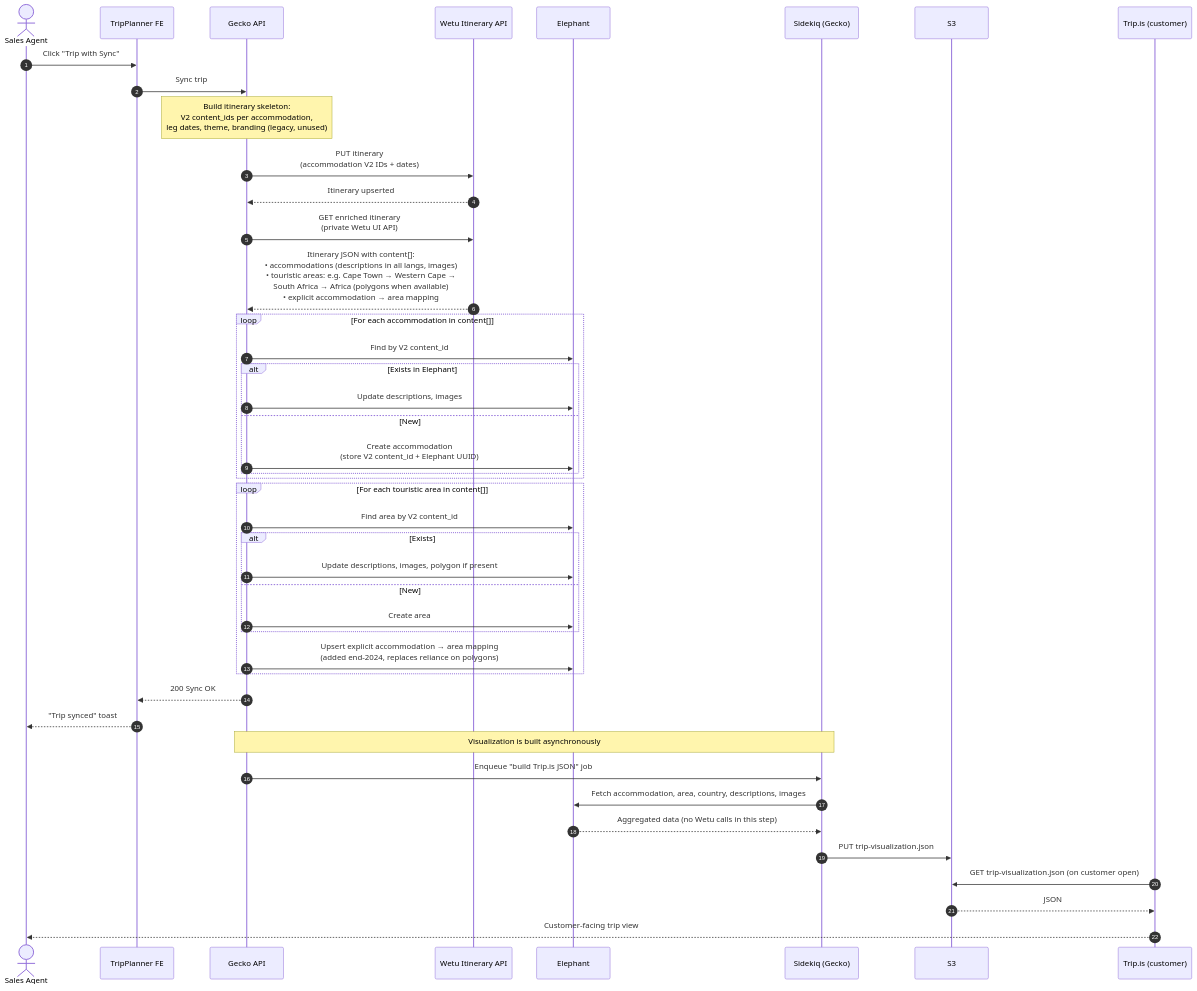
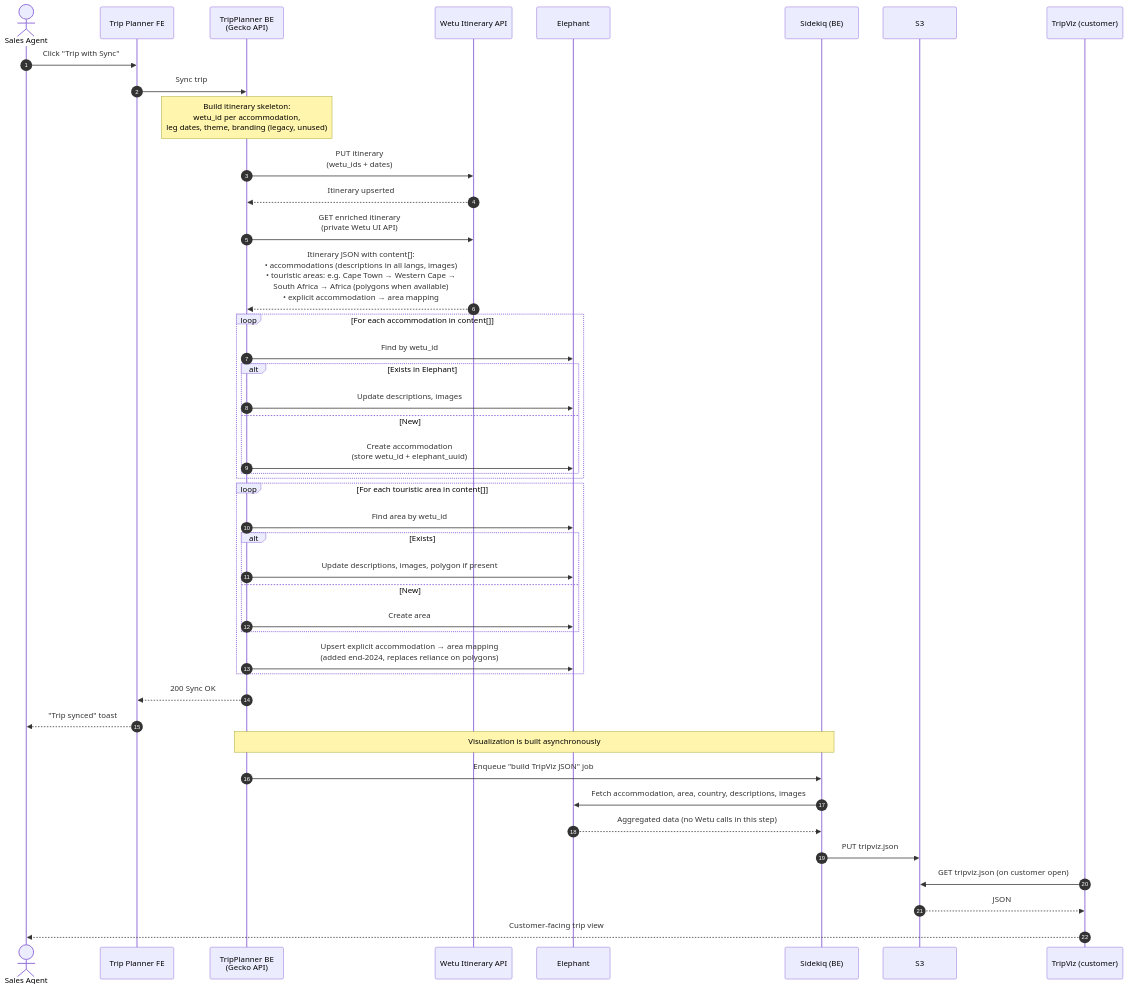
One commit to kliuchnikau-tourlane/ClaudeCowork changed the second of 4 diagrams in OUTPUTS/2026-04-24_TripPlannerWetu-sequence-diagrams/TripPlannerWetu_Documentation.md. Above: the diagram before and after it, drawn with Mermaid. The commit also changed other lines of this file, not shown here.

First line of the commit message:
Refine TripPlanner<>Wetu diagrams against Miro sketch

````diff
--- a/OUTPUTS/2026-04-24_TripPlannerWetu-sequence-diagrams/TripPlannerWetu_Documentation.md
+++ b/OUTPUTS/2026-04-24_TripPlannerWetu-sequence-diagrams/TripPlannerWetu_Documentation.md
@@ -66,54 +78,54 @@
 ```mermaid
 sequenceDiagram
     autonumber
     actor Agent as Sales Agent
-    participant TP as TripPlanner FE
-    participant Gecko as Gecko API
+    participant TP as Trip Planner FE
+    participant BE as TripPlanner BE<br/>(Gecko API)
     participant Wetu as Wetu Itinerary API
     participant Eleph as Elephant
-    participant SK as Sidekiq (Gecko)
+    participant SK as Sidekiq (BE)
     participant S3 as S3
-    participant Trip as Trip.is (customer)
+    participant TripViz as TripViz (customer)
 
     Agent->>TP: Click "Trip with Sync"
-    TP->>Gecko: Sync trip
-    Note over Gecko: Build itinerary skeleton:<br/>V2 content_ids per accommodation,<br/>leg dates, theme, branding (legacy, unused)
+    TP->>BE: Sync trip
+    Note over BE: Build itinerary skeleton:<br/>wetu_id per accommodation,<br/>leg dates, theme, branding (legacy, unused)
 
-    Gecko->>Wetu: PUT itinerary<br/>(accommodation V2 IDs + dates)
-    Wetu-->>Gecko: Itinerary upserted
-    Gecko->>Wetu: GET enriched itinerary<br/>(private Wetu UI API)
-    Wetu-->>Gecko: Itinerary JSON with content[]:<br/>• accommodations (descriptions in all langs, images)<br/>• touristic areas: e.g. Cape Town → Western Cape →<br/>  South Africa → Africa (polygons when available)<br/>• explicit accommodation → area mapping
+    BE->>Wetu: PUT itinerary<br/>(wetu_ids + dates)
+    Wetu-->>BE: Itinerary upserted
+    BE->>Wetu: GET enriched itinerary<br/>(private Wetu UI API)
+    Wetu-->>BE: Itinerary JSON with content[]:<br/>• accommodations (descriptions in all langs, images)<br/>• touristic areas: e.g. Cape Town → Western Cape →<br/>  South Africa → Africa (polygons when available)<br/>• explicit accommodation → area mapping
 
     loop For each accommodation in content[]
-        Gecko->>Eleph: Find by V2 content_id
+        BE->>Eleph: Find by wetu_id
         alt Exists in Elephant
-            Gecko->>Eleph: Update descriptions, images
+            BE->>Eleph: Update descriptions, images
         else New
-            Gecko->>Eleph: Create accommodation<br/>(store V2 content_id + Elephant UUID)
+            BE->>Eleph: Create accommodation<br/>(store wetu_id + elephant_uuid)
         end
     end
 
     loop For each touristic area in content[]
-        Gecko->>Eleph: Find area by V2 content_id
+        BE->>Eleph: Find area by wetu_id
         alt Exists
-            Gecko->>Eleph: Update descriptions, images, polygon if present
+            BE->>Eleph: Update descriptions, images, polygon if present
         else New
-            Gecko->>Eleph: Create area
+            BE->>Eleph: Create area
         end
-        Gecko->>Eleph: Upsert explicit accommodation → area mapping<br/>(added end-2024, replaces reliance on polygons)
+        BE->>Eleph: Upsert explicit accommodation → area mapping<br/>(added end-2024, replaces reliance on polygons)
     end
 
-    Gecko-->>TP: 200 Sync OK
+    BE-->>TP: 200 Sync OK
     TP-->>Agent: "Trip synced" toast
 
-    Note over Gecko,SK: Visualization is built asynchronously
-    Gecko->>SK: Enqueue "build Trip.is JSON" job
+    Note over BE,SK: Visualization is built asynchronously
+    BE->>SK: Enqueue "build TripViz JSON" job
 
     SK->>Eleph: Fetch accommodation, area, country, descriptions, images
     Eleph-->>SK: Aggregated data (no Wetu calls in this step)
-    SK->>S3: PUT trip-visualization.json
+    SK->>S3: PUT tripviz.json
 
-    Trip->>S3: GET trip-visualization.json (on customer open)
-    S3-->>Trip: JSON
-    Trip-->>Agent: Customer-facing trip view
+    TripViz->>S3: GET tripviz.json (on customer open)
+    S3-->>TripViz: JSON
+    TripViz-->>Agent: Customer-facing trip view
 ```
````
